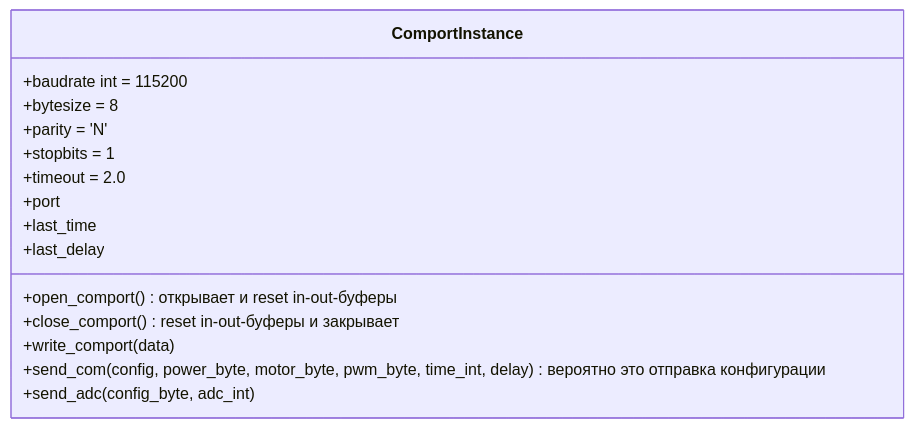
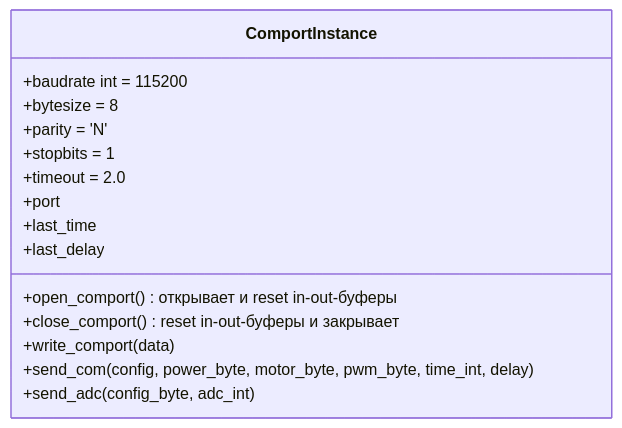
One commit to kosteleyyv/wiki_cybermed changed the first of 3 diagrams in README.md. Above: the diagram before and after it, drawn with Mermaid. The commit also changed other lines of this file, not shown here.

````diff
--- a/README.md
+++ b/README.md
@@ -9,18 +13,18 @@
 ```mermaid
 classDiagram
 class ComportInstance {
   +baudrate int = 115200
   +bytesize = 8
   +parity = 'N' 
   +stopbits  = 1
   +timeout = 2.0
   +port 
   +last_time
   +last_delay
   +open_comport() открывает и reset in-out-буферы
   +close_comport() reset in-out-буферы и закрывает
   +write_comport(data)
-  +send_com(config, power_byte, motor_byte, pwm_byte, time_int, delay) вероятно это отправка конфигурации
+  +send_com(config, power_byte, motor_byte, pwm_byte, time_int, delay)
   +send_adc(config_byte, adc_int)
 }
 ```
````
